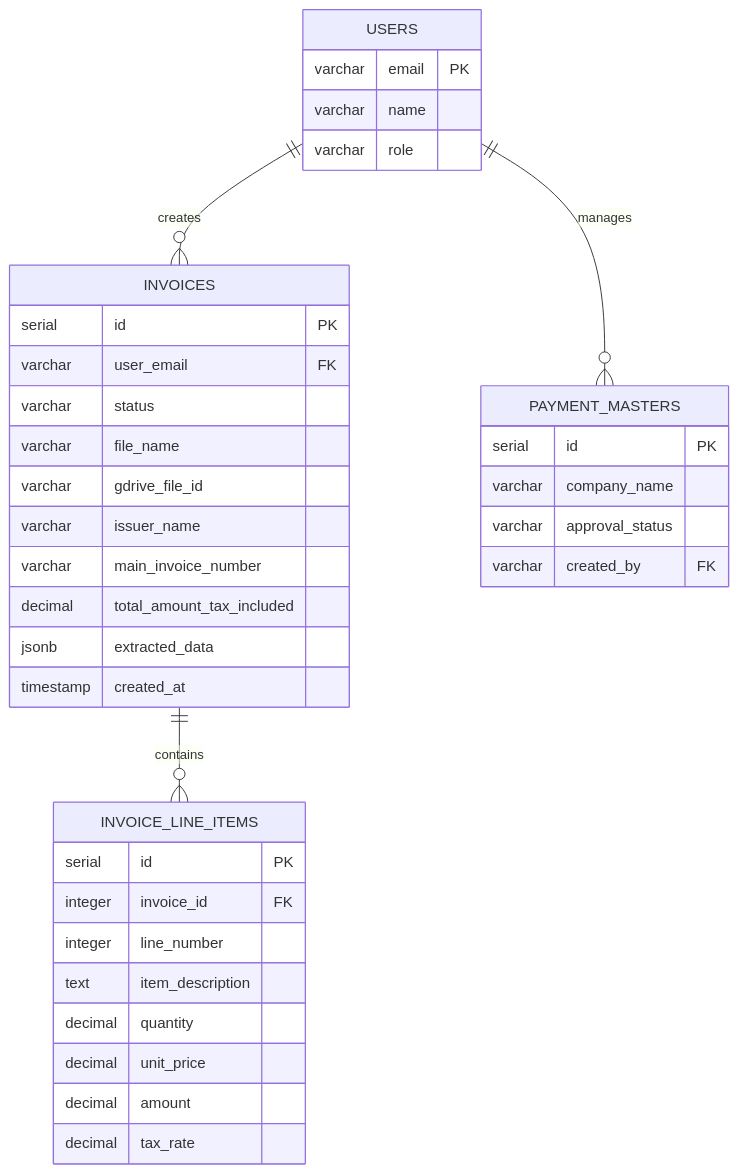
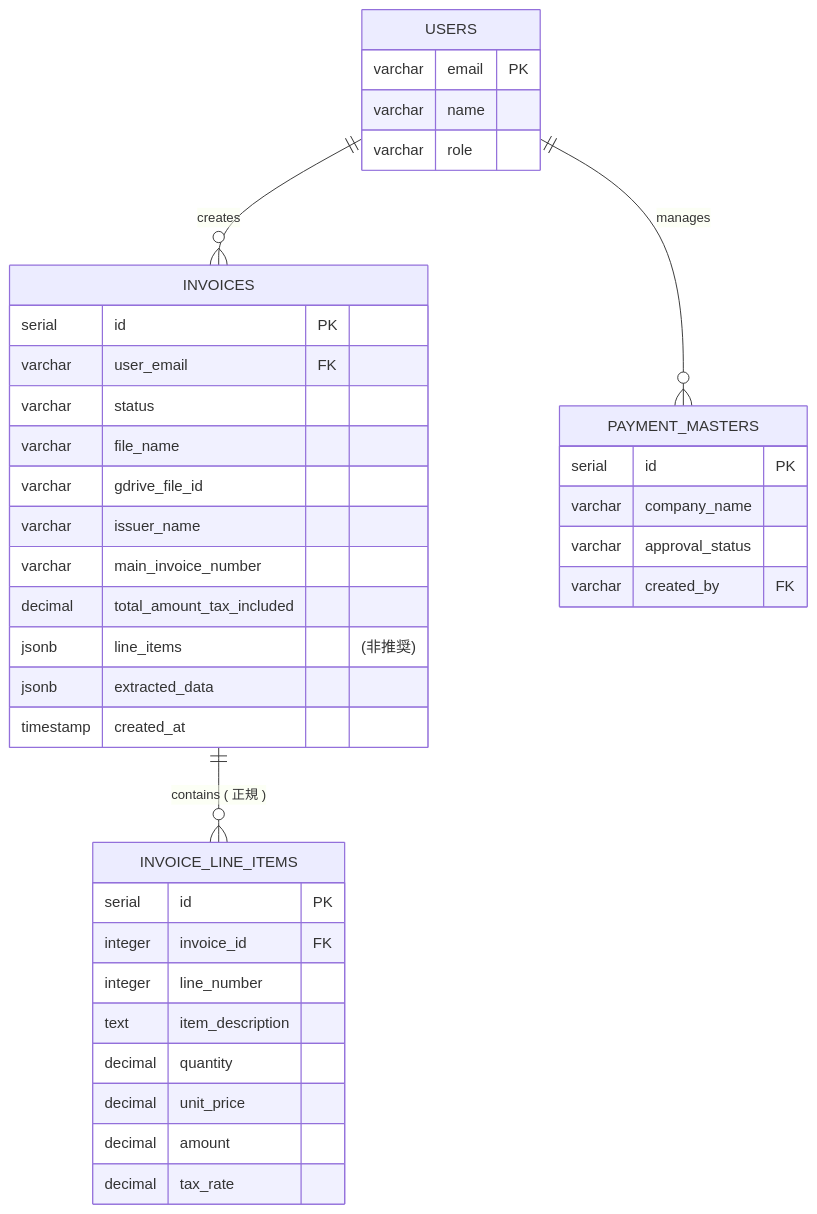
One commit to gucchon001/invoice-processing-system changed the third of 11 diagrams in docs/18_データベースER図.md. Above: the diagram before and after it, drawn with Mermaid. The commit also changed other lines of this file and 4 other files, not shown here.

Commit message:
\ Phase 2.5: 設計リファインメント完了\n\n- Step 1: OCRテストフローの責務をUnifiedWorkflowEngineに統合\n- Step 2: 請求書明細のデータモデルを正規化に統一\n- Step 3: シーケンス図に検証ステップを明記"

````diff
--- a/docs/18_データベースER図.md
+++ b/docs/18_データベースER図.md
@@ -240,43 +240,44 @@
 ```mermaid
 erDiagram
     USERS {
         varchar email PK
         varchar name
         varchar role
     }
     
     INVOICES {
         serial id PK
         varchar user_email FK
         varchar status
         varchar file_name
         varchar gdrive_file_id
         varchar issuer_name
         varchar main_invoice_number
         decimal total_amount_tax_included
+        jsonb line_items "(非推奨)"
         jsonb extracted_data
         timestamp created_at
     }
     
     INVOICE_LINE_ITEMS {
         serial id PK
         integer invoice_id FK
         integer line_number
         text item_description
         decimal quantity
         decimal unit_price
         decimal amount
         decimal tax_rate
     }
     
     PAYMENT_MASTERS {
         serial id PK
         varchar company_name
         varchar approval_status
         varchar created_by FK
     }
     
     USERS ||--o{ INVOICES : "creates"
     USERS ||--o{ PAYMENT_MASTERS : "manages"
-    INVOICES ||--o{ INVOICE_LINE_ITEMS : "contains"
+    INVOICES ||--o{ INVOICE_LINE_ITEMS : "contains ( 正規 )"
 ```
````
